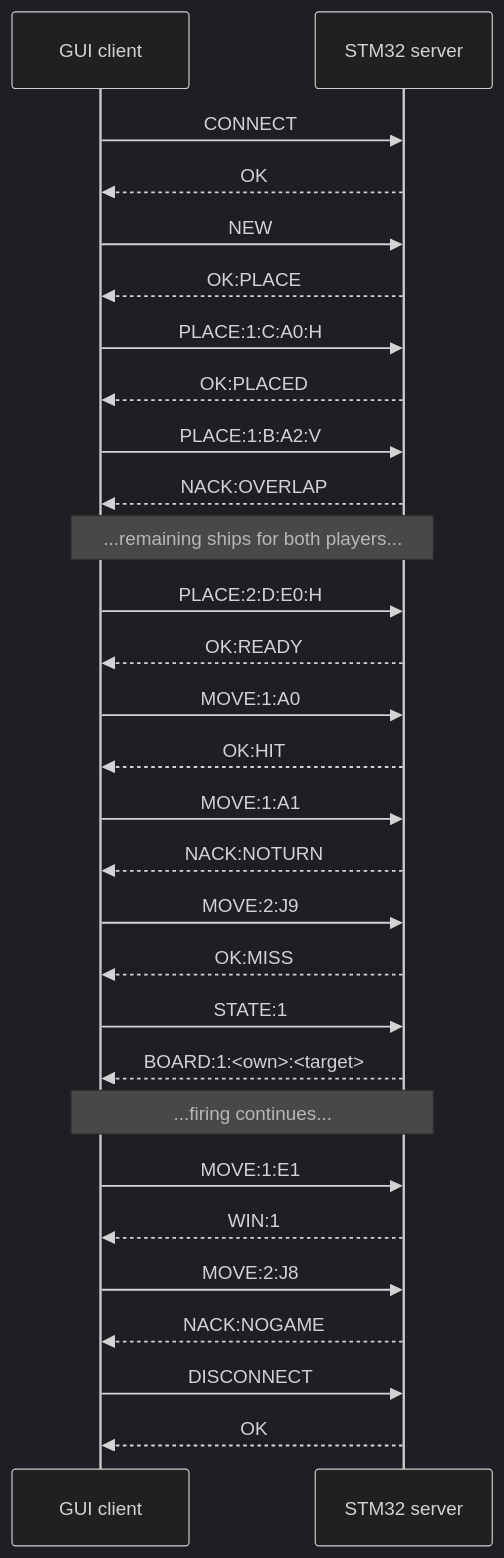
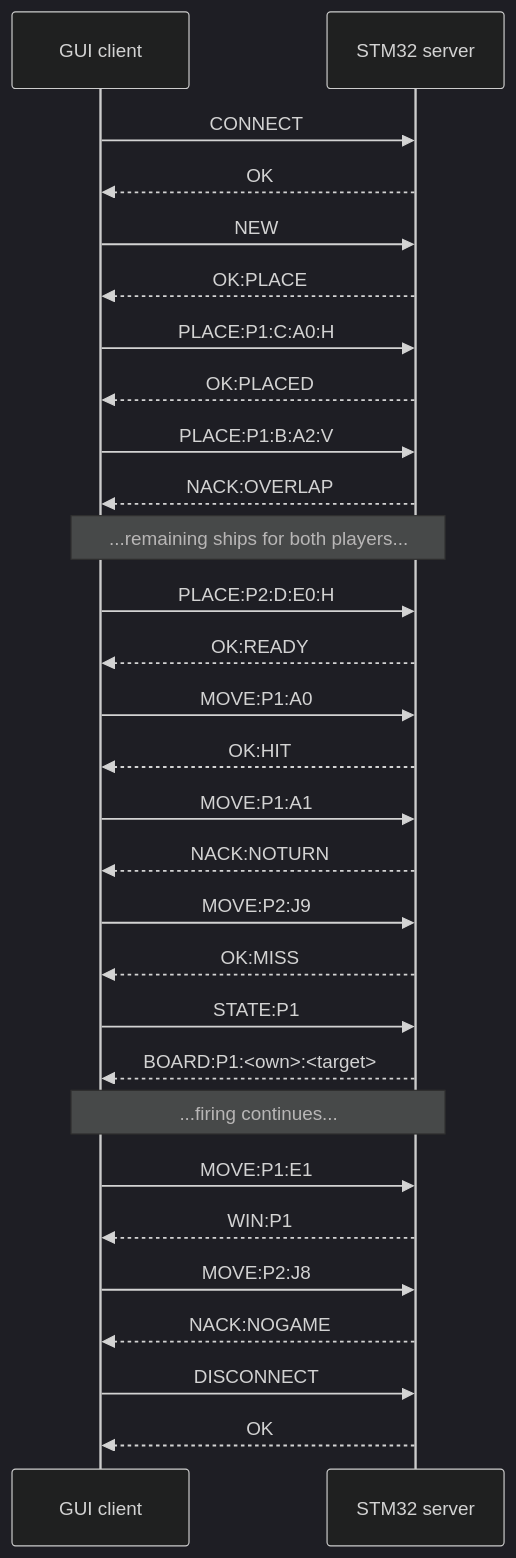
One commit to DnA-IntRicate/battleship changed the second of 2 diagrams in docs/protocol.md. Above: the diagram before and after it, drawn with Mermaid (dark theme). The commit also changed other lines of this file, not shown here.

````diff
--- a/docs/protocol.md
+++ b/docs/protocol.md
@@ -235,32 +255,32 @@
 ```mermaid
 sequenceDiagram
     participant G as GUI client
     participant S as STM32 server
 
     G->>S: CONNECT
     S-->>G: OK
     G->>S: NEW
     S-->>G: OK:PLACE
-    G->>S: PLACE:1:C:A0:H
+    G->>S: PLACE:P1:C:A0:H
     S-->>G: OK:PLACED
-    G->>S: PLACE:1:B:A2:V
+    G->>S: PLACE:P1:B:A2:V
     S-->>G: NACK:OVERLAP
     Note over G,S: ...remaining ships for both players...
-    G->>S: PLACE:2:D:E0:H
+    G->>S: PLACE:P2:D:E0:H
     S-->>G: OK:READY
-    G->>S: MOVE:1:A0
+    G->>S: MOVE:P1:A0
     S-->>G: OK:HIT
-    G->>S: MOVE:1:A1
+    G->>S: MOVE:P1:A1
     S-->>G: NACK:NOTURN
-    G->>S: MOVE:2:J9
+    G->>S: MOVE:P2:J9
     S-->>G: OK:MISS
-    G->>S: STATE:1
-    S-->>G: BOARD:1:<own>:<target>
+    G->>S: STATE:P1
+    S-->>G: BOARD:P1:<own>:<target>
     Note over G,S: ...firing continues...
-    G->>S: MOVE:1:E1
-    S-->>G: WIN:1
-    G->>S: MOVE:2:J8
+    G->>S: MOVE:P1:E1
+    S-->>G: WIN:P1
+    G->>S: MOVE:P2:J8
     S-->>G: NACK:NOGAME
     G->>S: DISCONNECT
     S-->>G: OK
 ```
````
